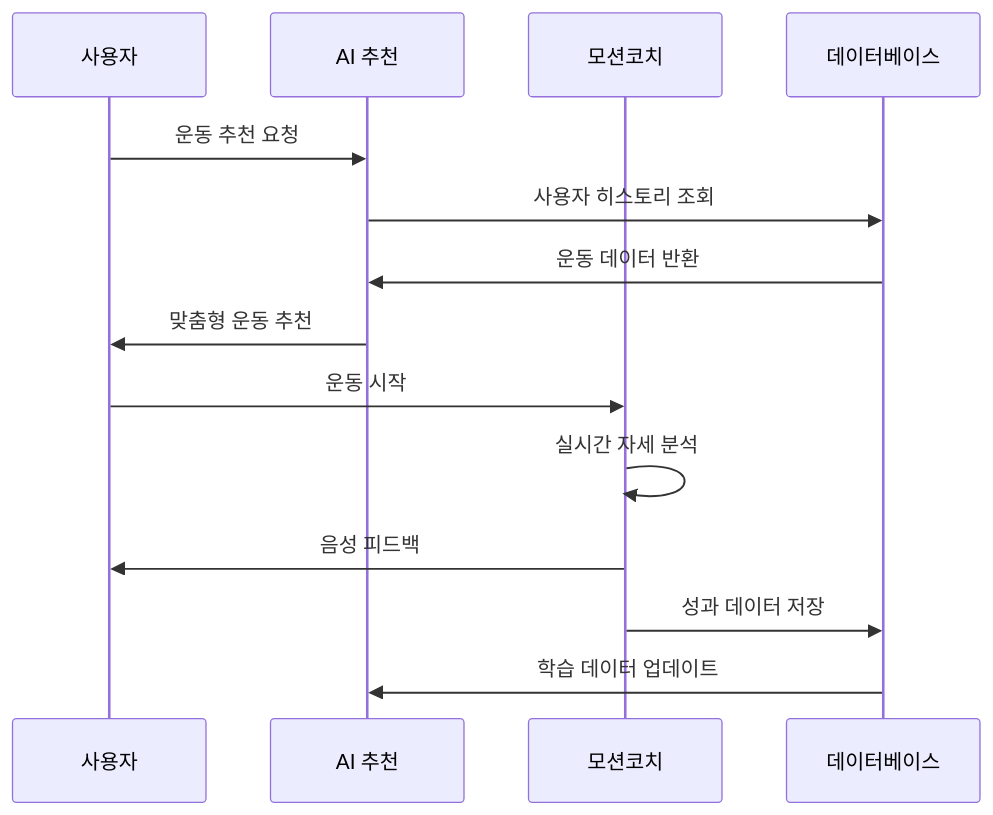
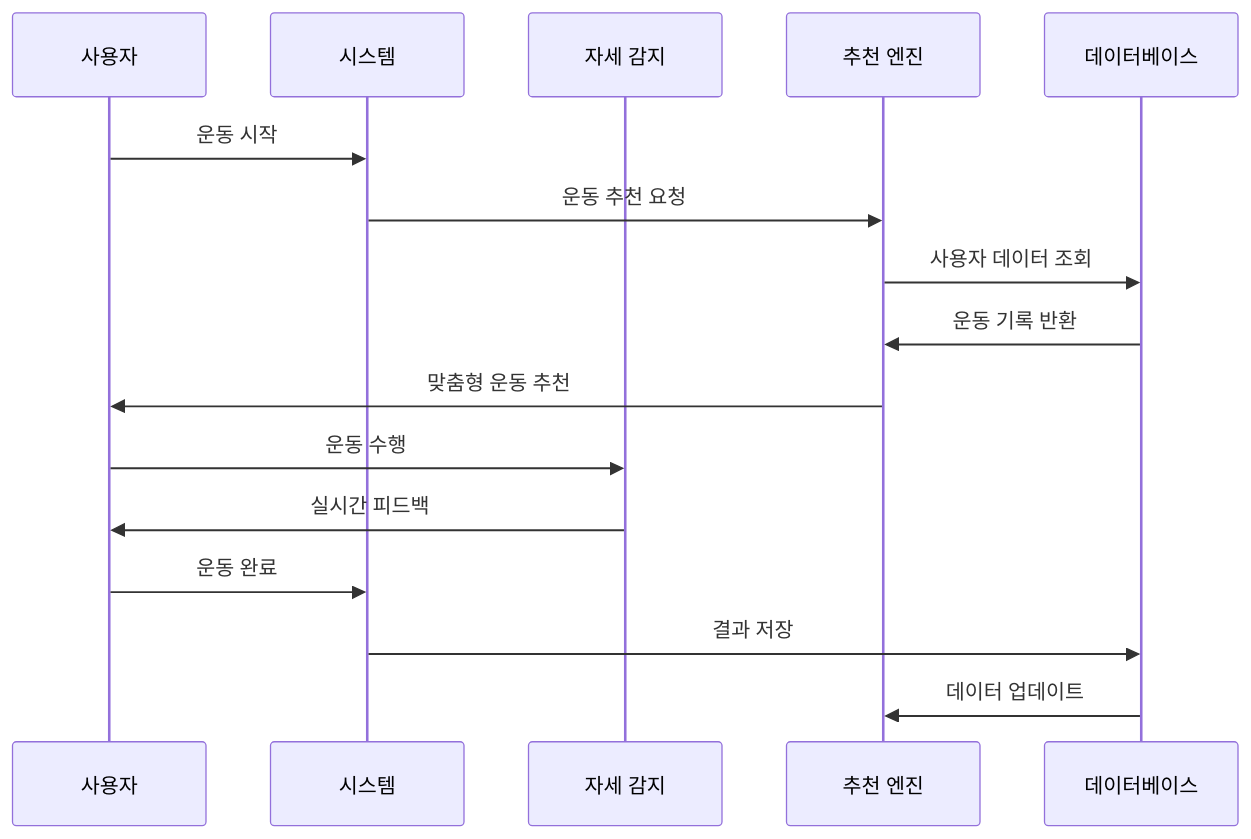
The second of 2 diagrams in README.md (jhpark-coder/personalproject), drawn with Mermaid before and after one commit. The commit also changed other lines of this file and 1 other file, not shown here.

````diff
--- a/README.md
+++ b/README.md
@@ -265,17 +229,19 @@
 ```mermaid
 sequenceDiagram
     participant User as 사용자
-    participant AI as AI 추천
-    participant Coach as 모션코치
+    participant System as 시스템
+    participant Detection as 자세 감지
+    participant Engine as 추천 엔진
     participant DB as 데이터베이스
     
-    User->>AI: 운동 추천 요청
-    AI->>DB: 사용자 히스토리 조회
-    DB->>AI: 운동 데이터 반환
-    AI->>User: 맞춤형 운동 추천
-    User->>Coach: 운동 시작
-    Coach->>Coach: 실시간 자세 분석
-    Coach->>User: 음성 피드백
-    Coach->>DB: 성과 데이터 저장
-    DB->>AI: 학습 데이터 업데이트
+    User->>System: 운동 시작
+    System->>Engine: 운동 추천 요청
+    Engine->>DB: 사용자 데이터 조회
+    DB->>Engine: 운동 기록 반환
+    Engine->>User: 맞춤형 운동 추천
+    User->>Detection: 운동 수행
+    Detection->>User: 실시간 피드백
+    User->>System: 운동 완료
+    System->>DB: 결과 저장
+    DB->>Engine: 데이터 업데이트
 ```
````
